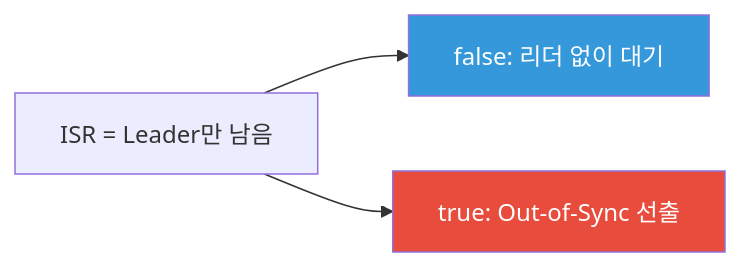
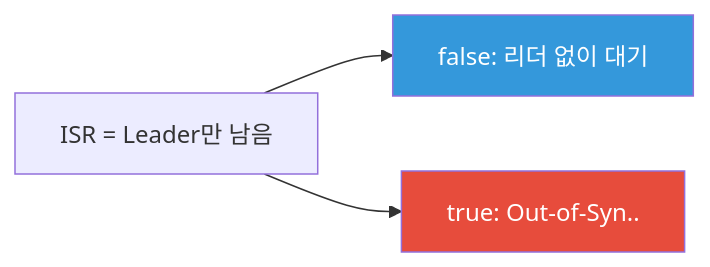
The seventh of 8 diagrams in _posts/kafka/2026-05-01-kafka-replication.md (yjkim2015/yjkim2015.github.io), drawn with Mermaid before and after one commit. The commit also changed other lines of this file and 149 other files, not shown here.

First line of the commit message:
Mermaid 가독성 개선: 라벨 축약, 노드 축소, TD→LR 변환

````diff
--- a/_posts/kafka/2026-05-01-kafka-replication.md
+++ b/_posts/kafka/2026-05-01-kafka-replication.md
@@ -215,10 +212,10 @@
 ```mermaid
 flowchart LR
     CRISIS["ISR = Leader만 남음"]
     F1["false: 리더 없이 대기"]
-    F2["true: Out-of-Sync 선출"]
+    F2["true: Out-of-Syn.."]
     CRISIS --> F1
     CRISIS --> F2
     style F1 fill:#3498db,color:#fff
     style F2 fill:#e74c3c,color:#fff
 ```
````
